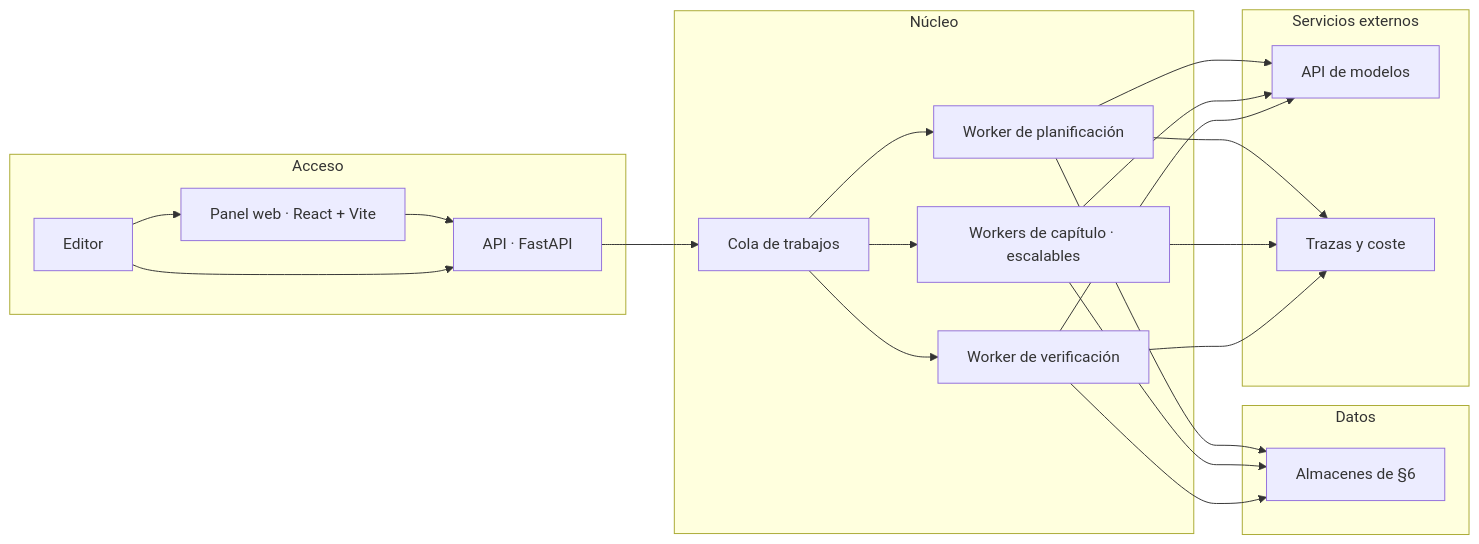
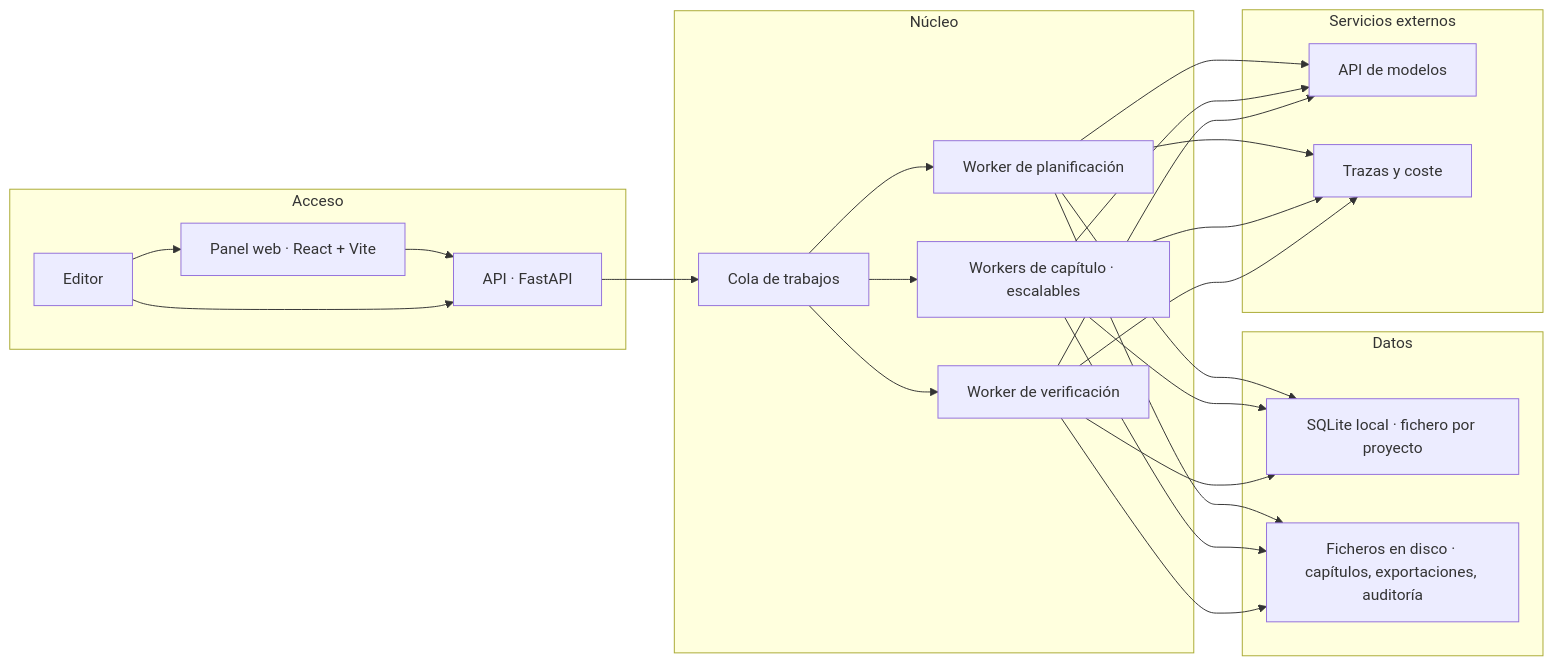
Before and after one commit to Asieribarz/my-story-marker: the seventh of 8 diagrams in docs/architecture.md, drawn with Mermaid. The commit also changed other lines of this file and 10 other files, not shown here.

````diff
--- a/docs/architecture.md
+++ b/docs/architecture.md
@@ -251,24 +303,26 @@
 ```mermaid
 flowchart LR
   subgraph EDGE["Acceso"]
     U["Editor"] --> W["Panel web · React + Vite"]
     W --> API["API · FastAPI"]
     U --> API
   end
   subgraph CORE["Núcleo"]
     API --> Q["Cola de trabajos"]
     Q --> WK1["Worker de planificación"]
     Q --> WK2["Workers de capítulo · escalables"]
     Q --> WK3["Worker de verificación"]
   end
   subgraph DATA["Datos"]
-    ST["Almacenes de §6"]
+    ST["SQLite local · fichero por proyecto"]
+    FS["Ficheros en disco · capítulos, exportaciones, auditoría"]
   end
   subgraph EXT["Servicios externos"]
     LLMs["API de modelos"]
     OBS["Trazas y coste"]
   end
   WK1 & WK2 & WK3 --> ST
+  WK1 & WK2 & WK3 --> FS
   WK1 & WK2 & WK3 --> LLMs
   WK1 & WK2 & WK3 --> OBS
 ```
````
